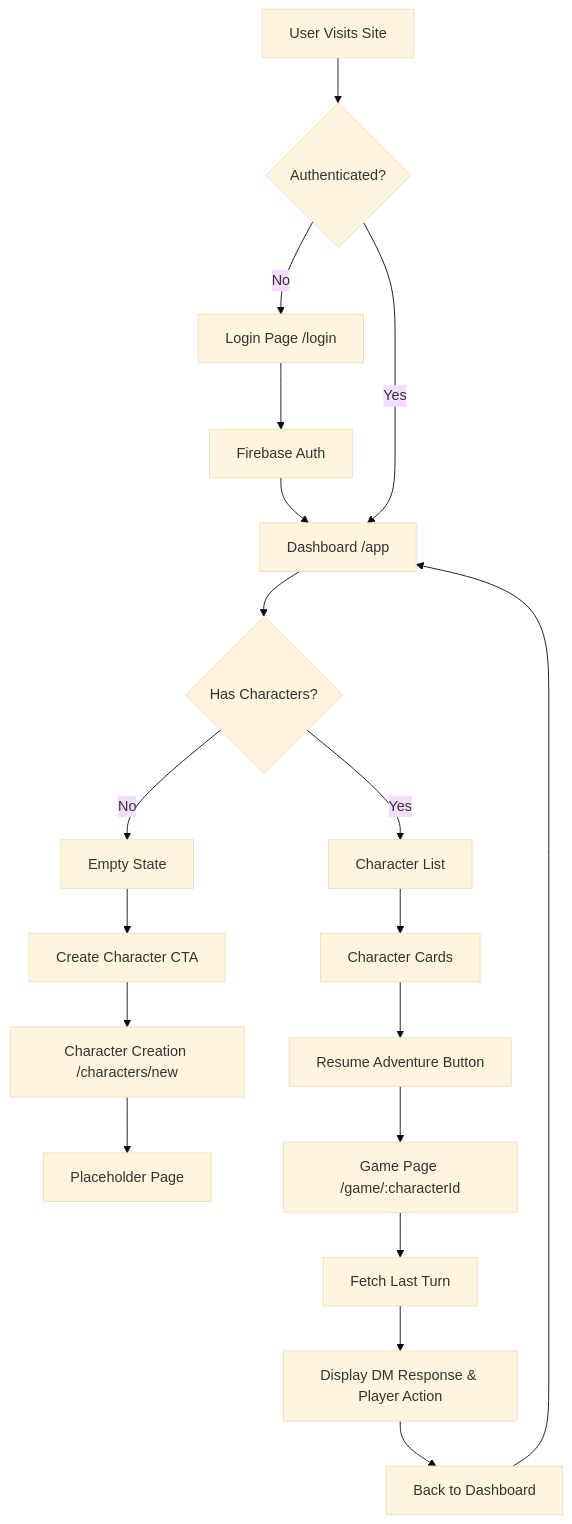
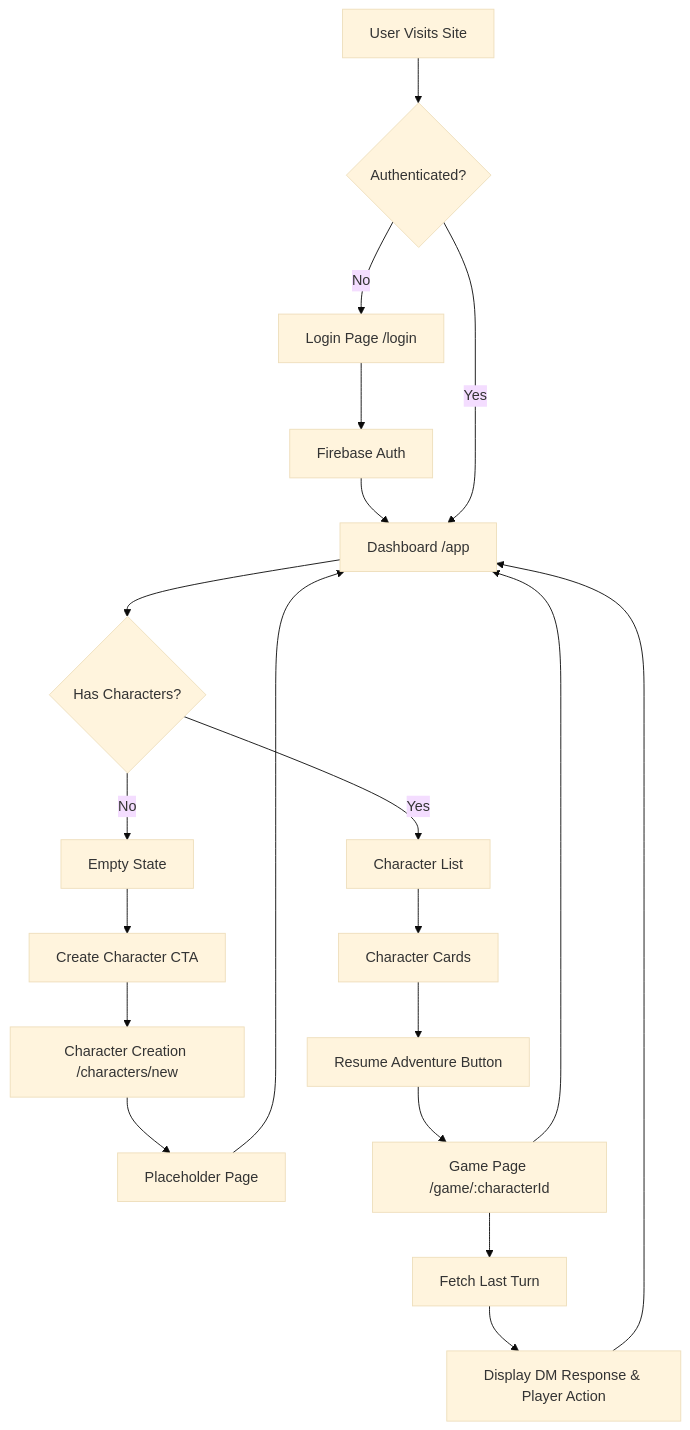
Before and after one commit to AgentFoundryExamples/adventure-client: the diagram in README.md, drawn with Mermaid (base theme). The commit also changed other lines of this file, not shown here.

Commit message:
Address code review feedback: improve flowchart and clarify X-User-Id handling

````diff
--- a/README.md
+++ b/README.md
@@ -974,21 +974,22 @@
 ```mermaid
 flowchart TD
     A[User Visits Site] --> B{Authenticated?}
     B -->|No| C[Login Page /login]
     C --> D[Firebase Auth]
     D --> E[Dashboard /app]
     B -->|Yes| E
     E --> F{Has Characters?}
     F -->|No| G[Empty State]
     G --> H[Create Character CTA]
     H --> I[Character Creation /characters/new]
     I --> J[Placeholder Page]
     F -->|Yes| K[Character List]
     K --> L[Character Cards]
     L --> M[Resume Adventure Button]
     M --> N[Game Page /game/:characterId]
     N --> O[Fetch Last Turn]
     O --> P[Display DM Response & Player Action]
-    P --> Q[Back to Dashboard]
-    Q --> E
+    P --> E
+    N --> E
+    J --> E
 ```
````
